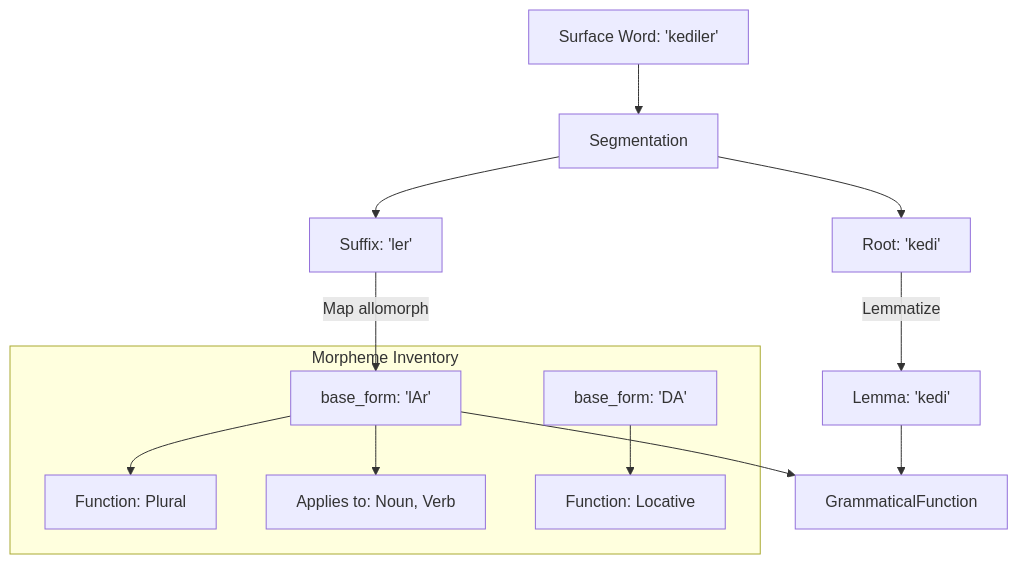
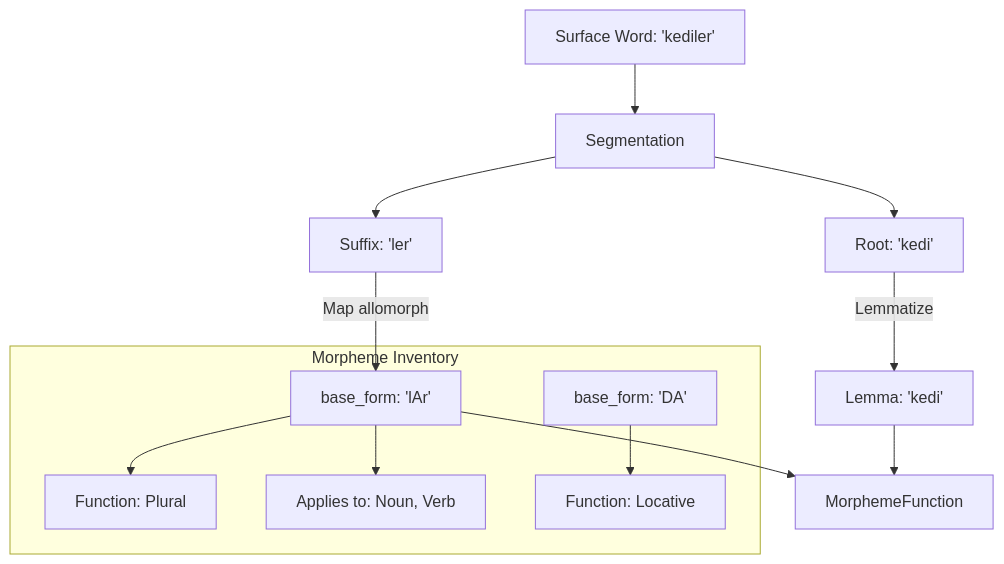
The diagram in docs/languages/agglutination.md (yro7/panini), drawn with Mermaid before and after one commit. The commit also changed other lines of this file and 28 other files, not shown here.

First line of the commit message:
refactor: rename GrammaticalFunction to MorphemeFunction

````diff
--- a/docs/languages/agglutination.md
+++ b/docs/languages/agglutination.md
@@ -14,18 +14,18 @@
 ```mermaid
 graph TD
     Word["Surface Word: 'kediler'"] --> Split[Segmentation]
     Split --> Root["Root: 'kedi'"]
     Split --> Suffix["Suffix: 'ler'"]
     
     subgraph Inventory ["Morpheme Inventory"]
         M1["base_form: 'lAr'"] --> F1["Function: Plural"]
         M1 --> A1["Applies to: Noun, Verb"]
         M2["base_form: 'DA'"] --> F2["Function: Locative"]
     end
 
     Suffix -- "Map allomorph" --> M1
     Root -- "Lemmatize" --> Lemma["Lemma: 'kedi'"]
     
-    M1 --> Result[GrammaticalFunction]
+    M1 --> Result[MorphemeFunction]
     Lemma --> Result
 ```
````
